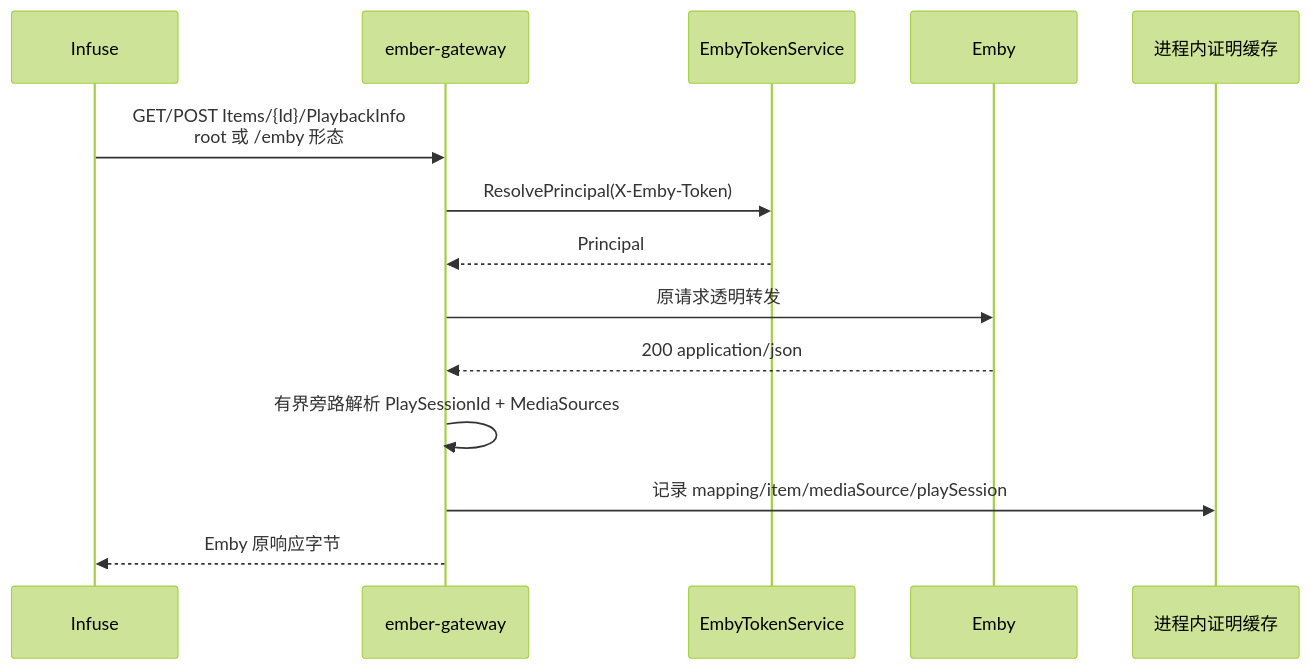
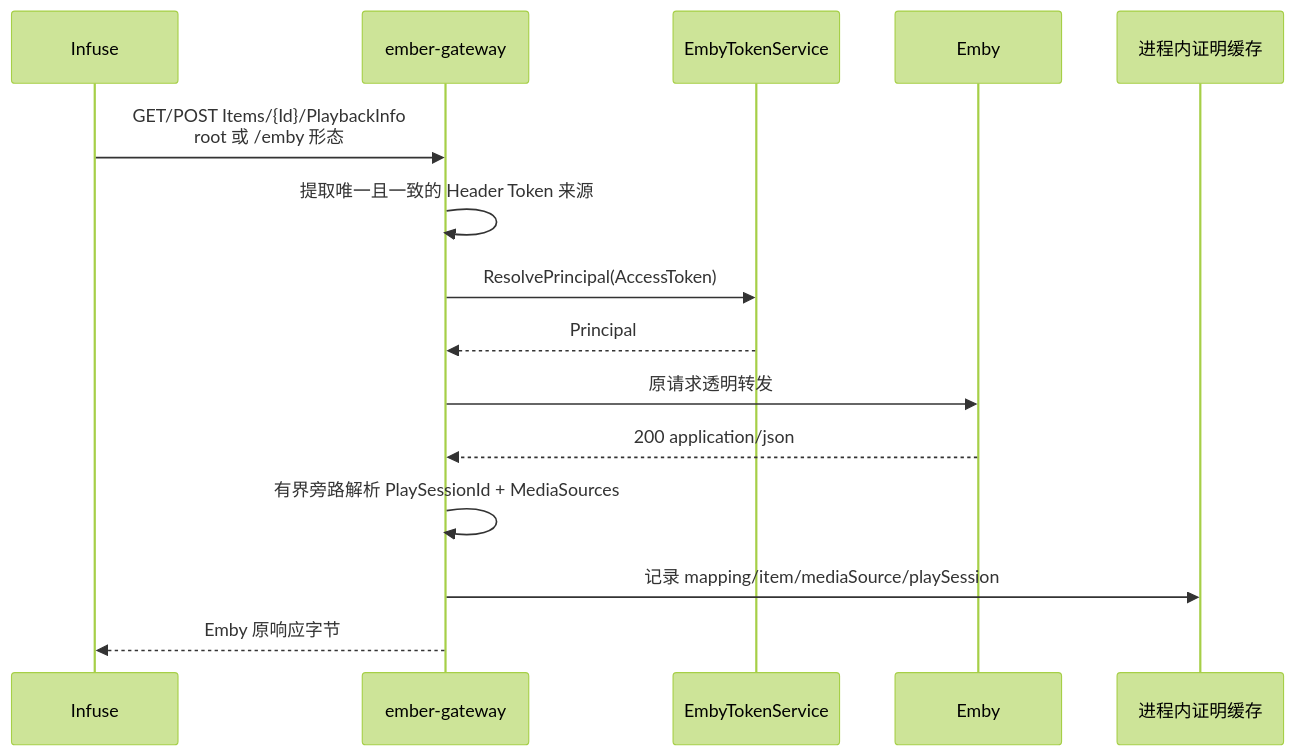
One commit to konghanghang/ember changed the fifth of 8 diagrams in docs/reference/p115-playback-end-to-end-flow.md. Above: the diagram before and after it, drawn with Mermaid (forest theme). The commit also changed other lines of this file and 8 other files, not shown here.

First line of the commit message:
fix(gateway): 兼容 Infuse 内嵌 Token

````diff
--- a/docs/reference/p115-playback-end-to-end-flow.md
+++ b/docs/reference/p115-playback-end-to-end-flow.md
@@ -190,17 +190,18 @@
 ```mermaid
 sequenceDiagram
     participant Client as Infuse
     participant Gateway as ember-gateway
     participant Token as EmbyTokenService
     participant Emby as Emby
     participant Proof as 进程内证明缓存
 
     Client->>Gateway: GET/POST Items/{Id}/PlaybackInfo<br/>root 或 /emby 形态
-    Gateway->>Token: ResolvePrincipal(X-Emby-Token)
+    Gateway->>Gateway: 提取唯一且一致的 Header Token 来源
+    Gateway->>Token: ResolvePrincipal(AccessToken)
     Token-->>Gateway: Principal
     Gateway->>Emby: 原请求透明转发
     Emby-->>Gateway: 200 application/json
     Gateway->>Gateway: 有界旁路解析 PlaySessionId + MediaSources
     Gateway->>Proof: 记录 mapping/item/mediaSource/playSession
     Gateway-->>Client: Emby 原响应字节
 ```
````
